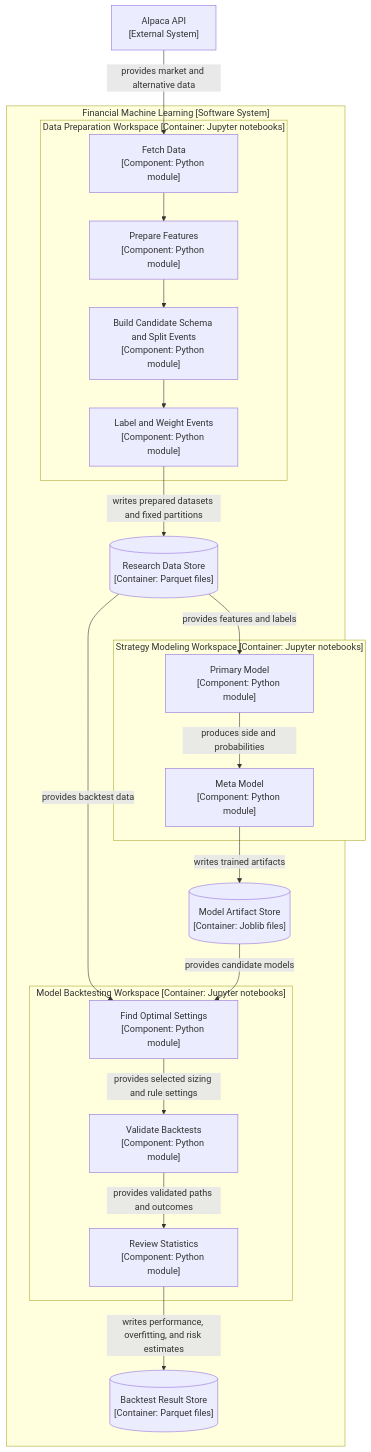
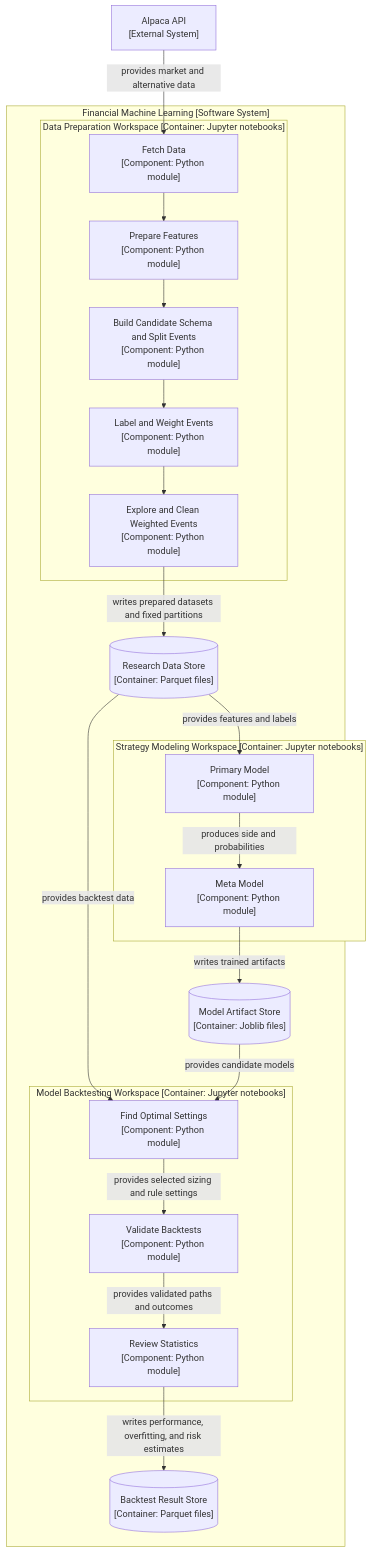
One commit to kwonjunhyuk9/financial-machine-learning changed the third of 3 diagrams in docs/architecture.md. Above: the diagram before and after it, drawn with Mermaid. The commit also changed 34 other files, not shown here.

````diff
--- a/docs/architecture.md
+++ b/docs/architecture.md
@@ -68,43 +68,45 @@
 ```mermaid
 flowchart TD
     alpaca["Alpaca API<br/>[External System]"]
 
     subgraph system["Financial Machine Learning [Software System]"]
         data_store[("Research Data Store<br/>[Container: Parquet files]")]
         model_store[("Model Artifact Store<br/>[Container: Joblib files]")]
         result_store[("Backtest Result Store<br/>[Container: Parquet files]")]
 
         subgraph prep_workspace["Data Preparation Workspace [Container: Jupyter notebooks]"]
             fetch_data["Fetch Data<br/>[Component: Python module]"]
             prepare_data["Prepare Features<br/>[Component: Python module]"]
             split_events["Build Candidate Schema and Split Events<br/>[Component: Python module]"]
             label_events["Label and Weight Events<br/>[Component: Python module]"]
+            clean_events["Explore and Clean Weighted Events<br/>[Component: Python module]"]
         end
 
         subgraph strategy_workspace["Strategy Modeling Workspace [Container: Jupyter notebooks]"]
             primary_model["Primary Model<br/>[Component: Python module]"]
             meta_model["Meta Model<br/>[Component: Python module]"]
         end
 
         subgraph backtest_workspace["Model Backtesting Workspace [Container: Jupyter notebooks]"]
             find_settings["Find Optimal Settings<br/>[Component: Python module]"]
             validate_backtests["Validate Backtests<br/>[Component: Python module]"]
             review_statistics["Review Statistics<br/>[Component: Python module]"]
         end
 
     end
 
     alpaca -->|" provides market and alternative data "| fetch_data
     fetch_data --> prepare_data
     prepare_data --> split_events
     split_events --> label_events
-    label_events -->|" writes prepared datasets and fixed partitions "| data_store
+    label_events --> clean_events
+    clean_events -->|" writes prepared datasets and fixed partitions "| data_store
     data_store -->|" provides features and labels "| primary_model
     primary_model -->|" produces side and probabilities "| meta_model
     meta_model -->|" writes trained artifacts "| model_store
     data_store -->|" provides backtest data "| find_settings
     model_store -->|" provides candidate models "| find_settings
     find_settings -->|" provides selected sizing and rule settings "| validate_backtests
     validate_backtests -->|" provides validated paths and outcomes "| review_statistics
     review_statistics -->|" writes performance, overfitting, and risk estimates "| result_store
 ```
````
